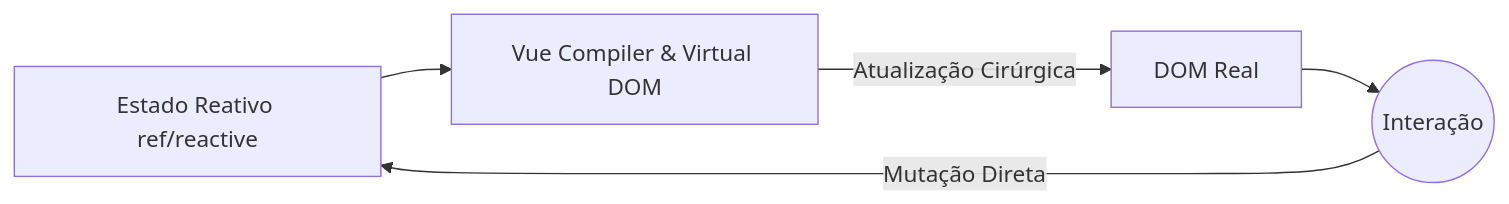
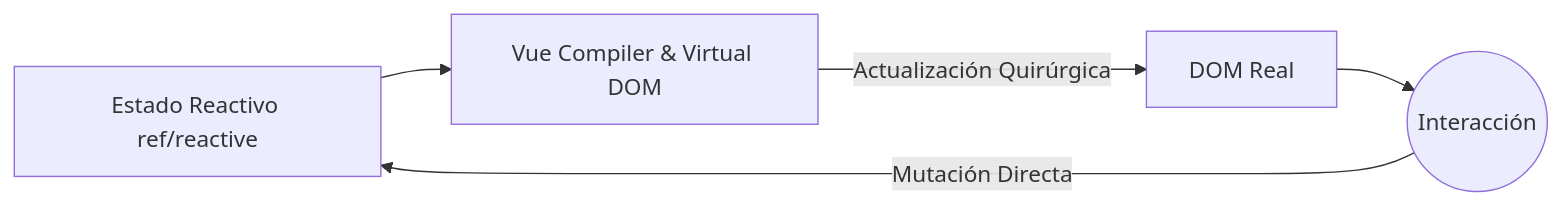
Before and after one commit to gjpierp/nmergeia: the first of 3 diagrams in public/docs/pt/ext_vue_inicial.md, drawn with Mermaid. The commit also changed other lines of this file and 518 other files, not shown here.

````diff
--- a/public/docs/pt/ext_vue_inicial.md
+++ b/public/docs/pt/ext_vue_inicial.md
@@ -8,7 +8,7 @@
 ```mermaid
 graph LR
-    Estado[Estado Reativo ref/reactive] --> VueEngine[Vue Compiler & Virtual DOM]
-    VueEngine -->|Atualização Cirúrgica| DOM[DOM Real]
-    DOM --> Usuario((Interação))
-    Usuario -->|Mutação Direta| Estado
+    Estado[Estado Reactivo ref/reactive] --> VueEngine[Vue Compiler & Virtual DOM]
+    VueEngine -->|Actualización Quirúrgica| DOM[DOM Real]
+    DOM --> Usuario((Interacción))
+    Usuario -->|Mutación Directa| Estado
 ```
````
